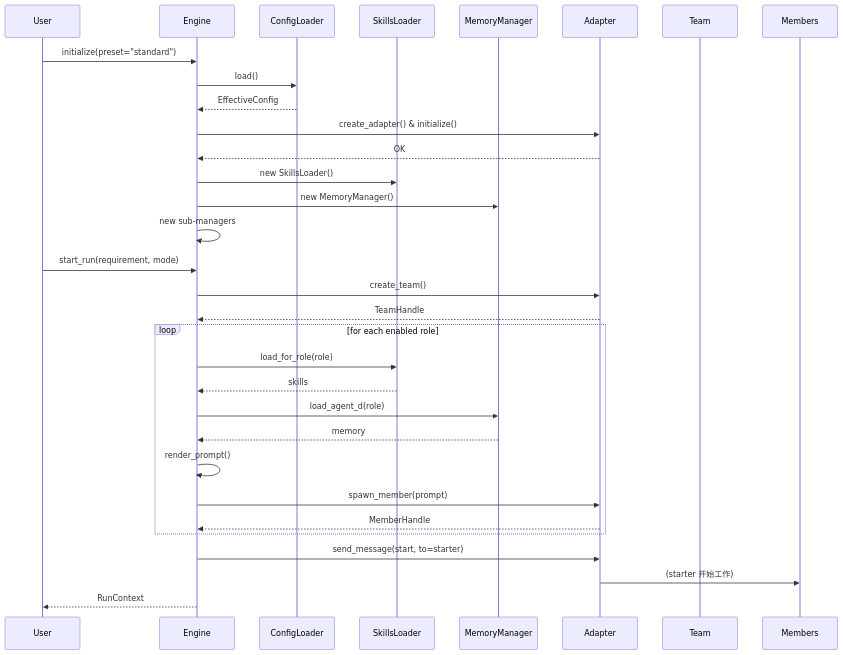
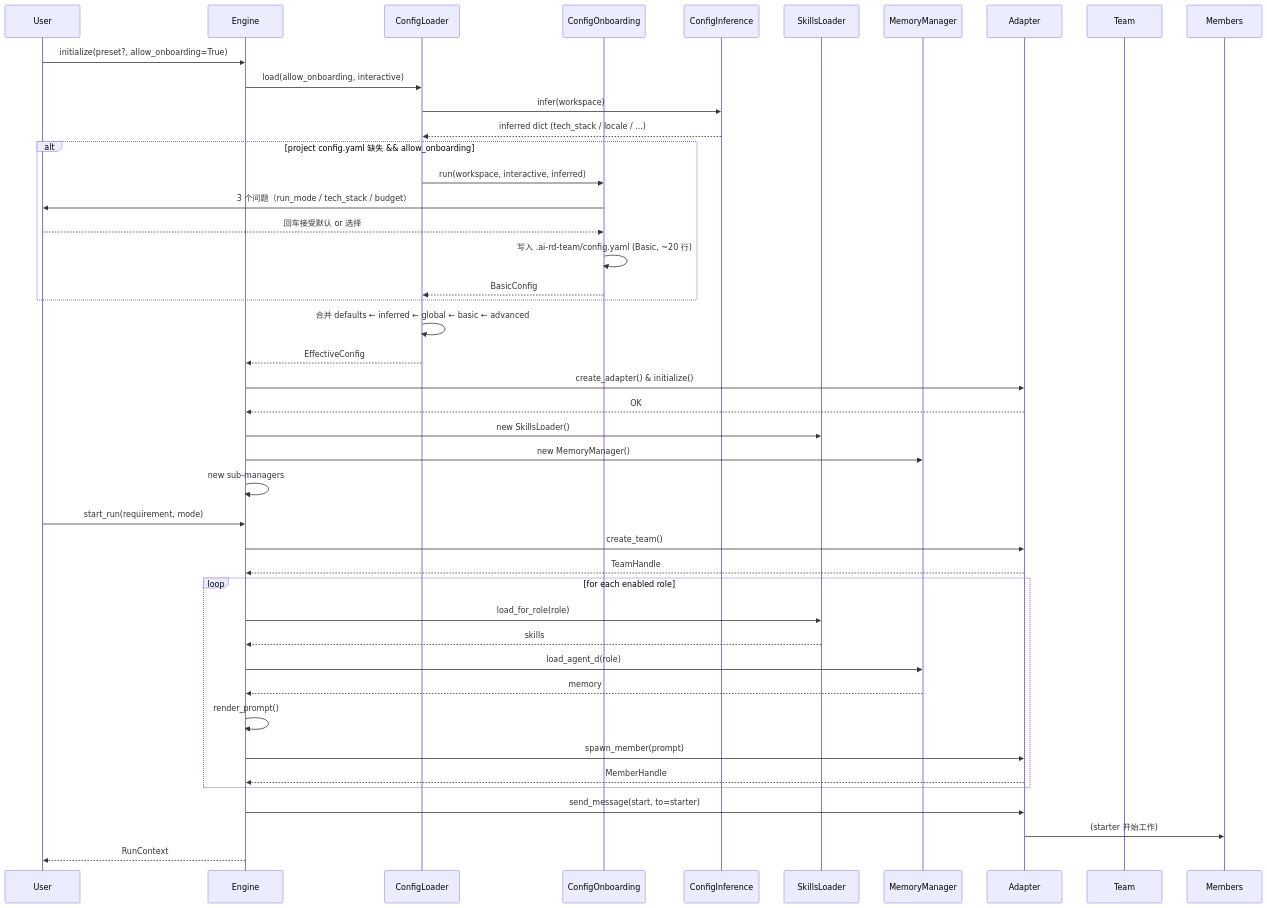
One commit to eyjian/ai-rd-team changed the first of 2 diagrams in openspec/specs/design/01-engine.md. Above: the diagram before and after it, drawn with Mermaid. The commit also changed other lines of this file and 2 other files, not shown here.

````diff
--- a/openspec/specs/design/01-engine.md
+++ b/openspec/specs/design/01-engine.md
@@ -1245,38 +1275,52 @@
 ```mermaid
 sequenceDiagram
     participant U as User
     participant E as Engine
     participant C as ConfigLoader
+    participant O as ConfigOnboarding
+    participant I as ConfigInference
     participant S as SkillsLoader
     participant M as MemoryManager
     participant A as Adapter
     participant T as Team
     participant Mem as Members
 
-    U->>E: initialize(preset="standard")
-    E->>C: load()
+    U->>E: initialize(preset?, allow_onboarding=True)
+    E->>C: load(allow_onboarding, interactive)
+    C->>I: infer(workspace)
+    I-->>C: inferred dict (tech_stack / locale / ...)
+    
+    alt project config.yaml 缺失 && allow_onboarding
+        C->>O: run(workspace, interactive, inferred)
+        O->>U: 3 个问题（run_mode / tech_stack / budget）
+        U-->>O: 回车接受默认 or 选择
+        O->>O: 写入 .ai-rd-team/config.yaml (Basic, ~20 行)
+        O-->>C: BasicConfig
+    end
+    
+    C->>C: 合并 defaults ← inferred ← global ← basic ← advanced
     C-->>E: EffectiveConfig
     E->>A: create_adapter() & initialize()
     A-->>E: OK
     E->>S: new SkillsLoader()
     E->>M: new MemoryManager()
     E->>E: new sub-managers
     
     U->>E: start_run(requirement, mode)
     E->>A: create_team()
     A-->>E: TeamHandle
     
     loop for each enabled role
         E->>S: load_for_role(role)
         S-->>E: skills
         E->>M: load_agent_d(role)
         M-->>E: memory
         E->>E: render_prompt()
         E->>A: spawn_member(prompt)
         A-->>E: MemberHandle
     end
     
     E->>A: send_message(start, to=starter)
     A->>Mem: (starter 开始工作)
     E-->>U: RunContext
 ```
````
